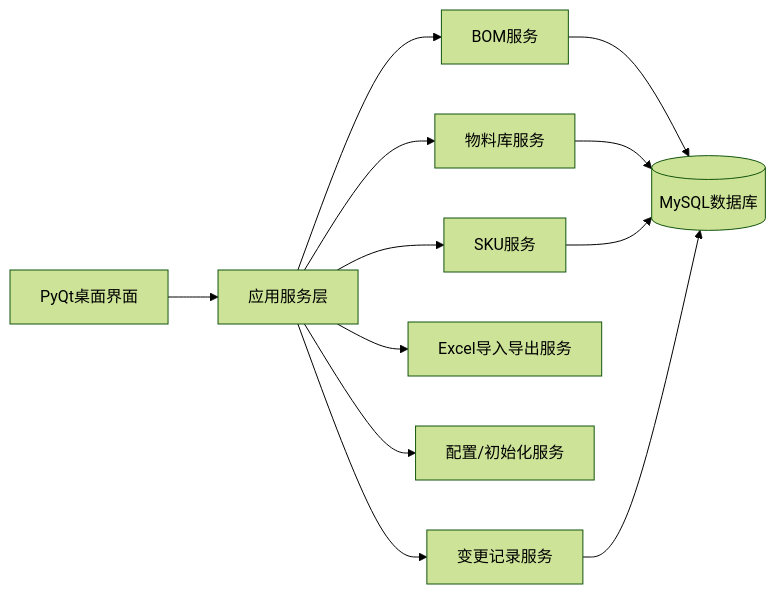
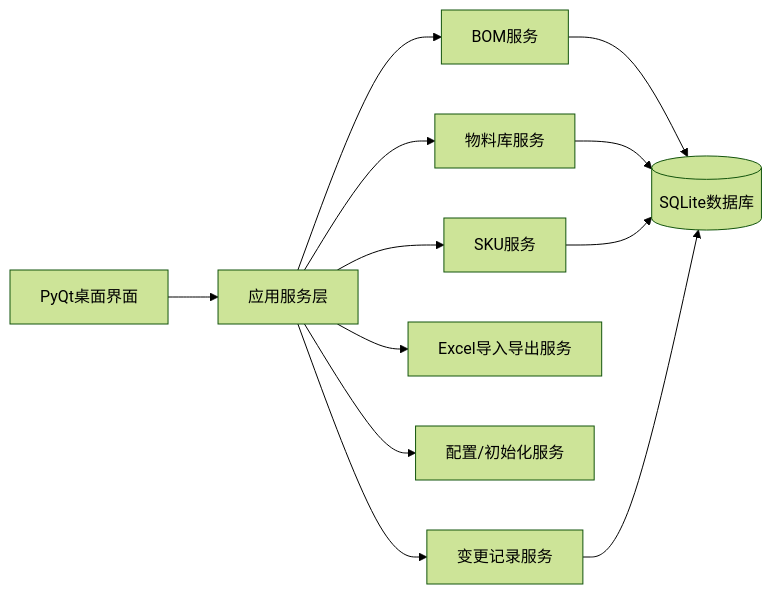
One commit to acbiong/BOM_Manager changed the first of 3 diagrams in docs/软件开发规格书.md. Above: the diagram before and after it, drawn with Mermaid (forest theme). The commit also changed other lines of this file and 6 other files, not shown here.

````diff
--- a/docs/软件开发规格书.md
+++ b/docs/软件开发规格书.md
@@ -22,14 +22,14 @@
 ```mermaid
 flowchart LR
   UI[PyQt桌面界面] --> APP[应用服务层]
   APP --> BOM[BOM服务]
   APP --> MAT[物料库服务]
   APP --> SKU[SKU服务]
   APP --> IMP[Excel导入导出服务]
   APP --> CFG[配置/初始化服务]
   APP --> LOG[变更记录服务]
-  BOM --> DB[(MySQL数据库)]
+  BOM --> DB[(SQLite数据库)]
   MAT --> DB
   SKU --> DB
   LOG --> DB
 ```
````
